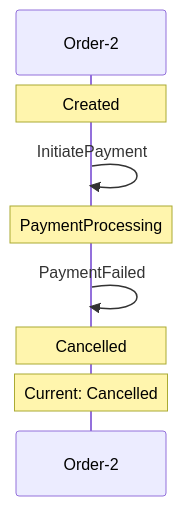
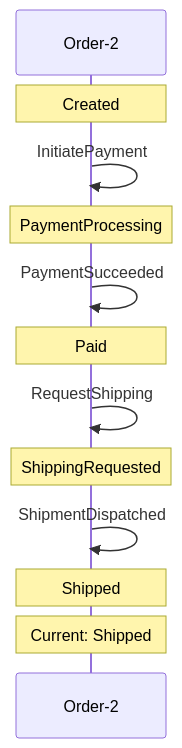
One commit to Iterable/mechanoid changed the second of 3 diagrams in docs/visualizations/order-2-trace.md. Above: the diagram before and after it, drawn with Mermaid. The commit also changed other lines of this file and 6 other files, not shown here.

````diff
--- a/docs/visualizations/order-2-trace.md
+++ b/docs/visualizations/order-2-trace.md
@@ -31,10 +60,14 @@
 ```mermaid
 sequenceDiagram
     participant FSM as Order-2
     Note over FSM: Created
     FSM->>FSM: InitiatePayment
     Note over FSM: PaymentProcessing
-    FSM->>FSM: PaymentFailed
-    Note over FSM: Cancelled
-    Note over FSM: Current: Cancelled
+    FSM->>FSM: PaymentSucceeded
+    Note over FSM: Paid
+    FSM->>FSM: RequestShipping
+    Note over FSM: ShippingRequested
+    FSM->>FSM: ShipmentDispatched
+    Note over FSM: Shipped
+    Note over FSM: Current: Shipped
 ```
````
